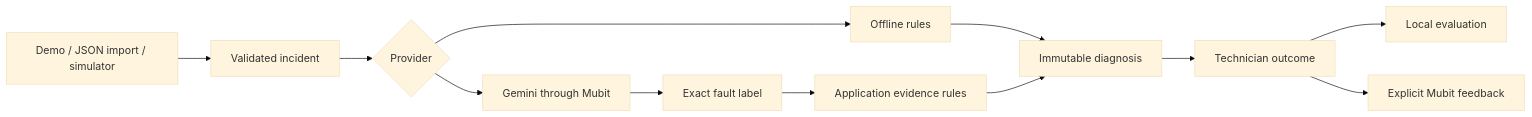
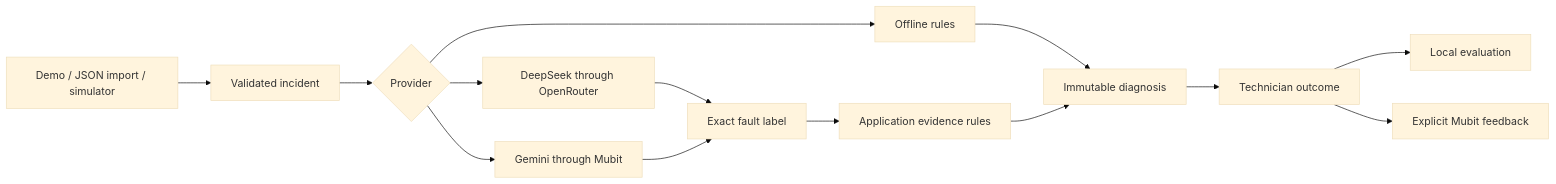
The diagram in docs/ARCHITECTURE.md (Codeedup/mubit-hackathon), drawn with Mermaid (base theme) before and after one commit. The commit also changed other lines of this file and 21 other files, not shown here.

Commit message:
Add DeepSeek via OpenRouter and Mubit-compatible inference

````diff
--- a/docs/ARCHITECTURE.md
+++ b/docs/ARCHITECTURE.md
@@ -3,14 +3,16 @@
 ```mermaid
 flowchart LR
     A[Demo / JSON import / simulator] --> B[Validated incident]
     B --> C{Provider}
     C --> D[Offline rules]
     C --> E[Gemini through Mubit]
+    C --> O[DeepSeek through OpenRouter]
+    O --> F
     E --> F[Exact fault label]
     F --> G[Application evidence rules]
     D --> H[Immutable diagnosis]
     G --> H
     H --> I[Technician outcome]
     I --> J[Local evaluation]
     I --> K[Explicit Mubit feedback]
 ```
````
